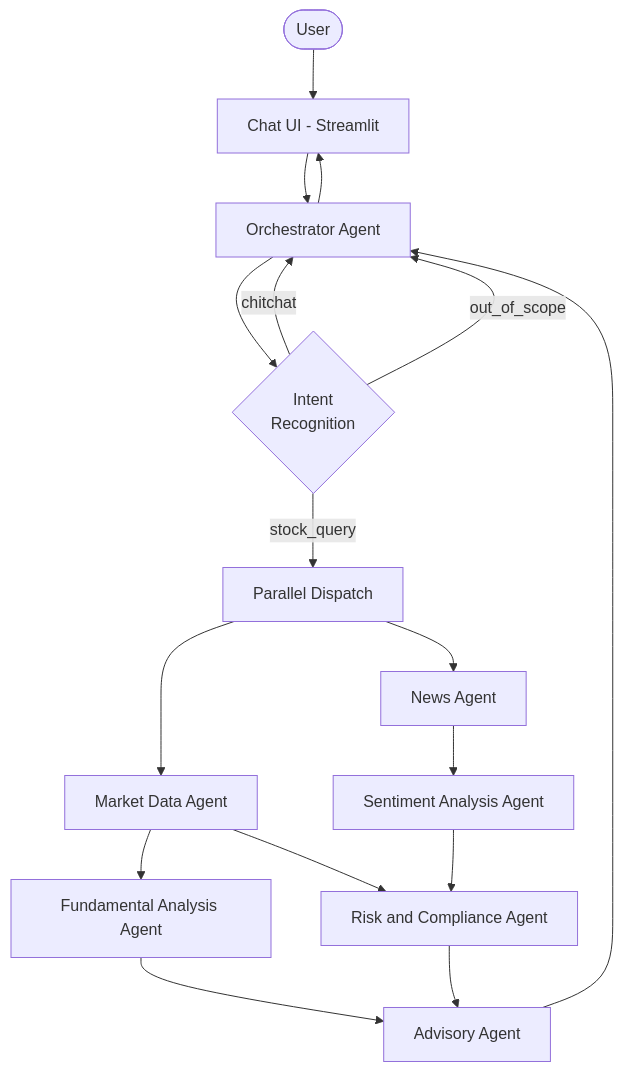
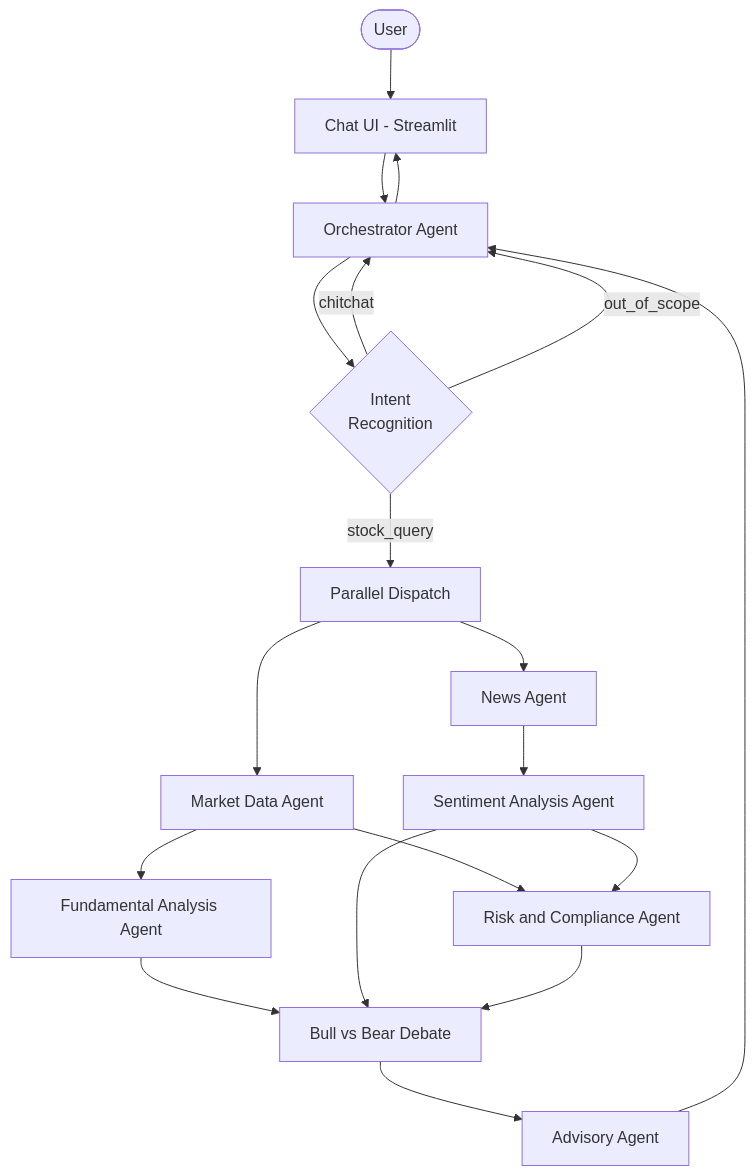
The third of 7 diagrams in requirements/REQ-001-multi-agent-investment-research/requirement.md (GOODDAYDAY/FinancialAnalysis), drawn with Mermaid before and after one commit. The commit also changed other lines of this file, not shown here.

First line of the commit message:
docs(REQ-001): v2 - add debate mechanism, DeepSeek LLM, LangGraph

````diff
--- a/requirements/REQ-001-multi-agent-investment-research/requirement.md
+++ b/requirements/REQ-001-multi-agent-investment-research/requirement.md
@@ -68,19 +70,21 @@
 ```mermaid
 flowchart TD
     U([User]) --> UI[Chat UI - Streamlit]
     UI --> ORC[Orchestrator Agent]
     ORC --> IR{Intent\nRecognition}
     IR -->|stock_query| PAR[Parallel Dispatch]
     IR -->|chitchat| ORC
     IR -->|out_of_scope| ORC
     PAR --> MD[Market Data Agent]
     PAR --> NA[News Agent]
     NA --> SA[Sentiment Analysis Agent]
     MD --> FA[Fundamental Analysis Agent]
     MD --> RC[Risk and Compliance Agent]
     SA --> RC
-    FA --> ADV[Advisory Agent]
-    RC --> ADV
+    FA --> DBT[Bull vs Bear Debate]
+    SA --> DBT
+    RC --> DBT
+    DBT --> ADV[Advisory Agent]
     ADV --> ORC
     ORC --> UI
 ```
````
